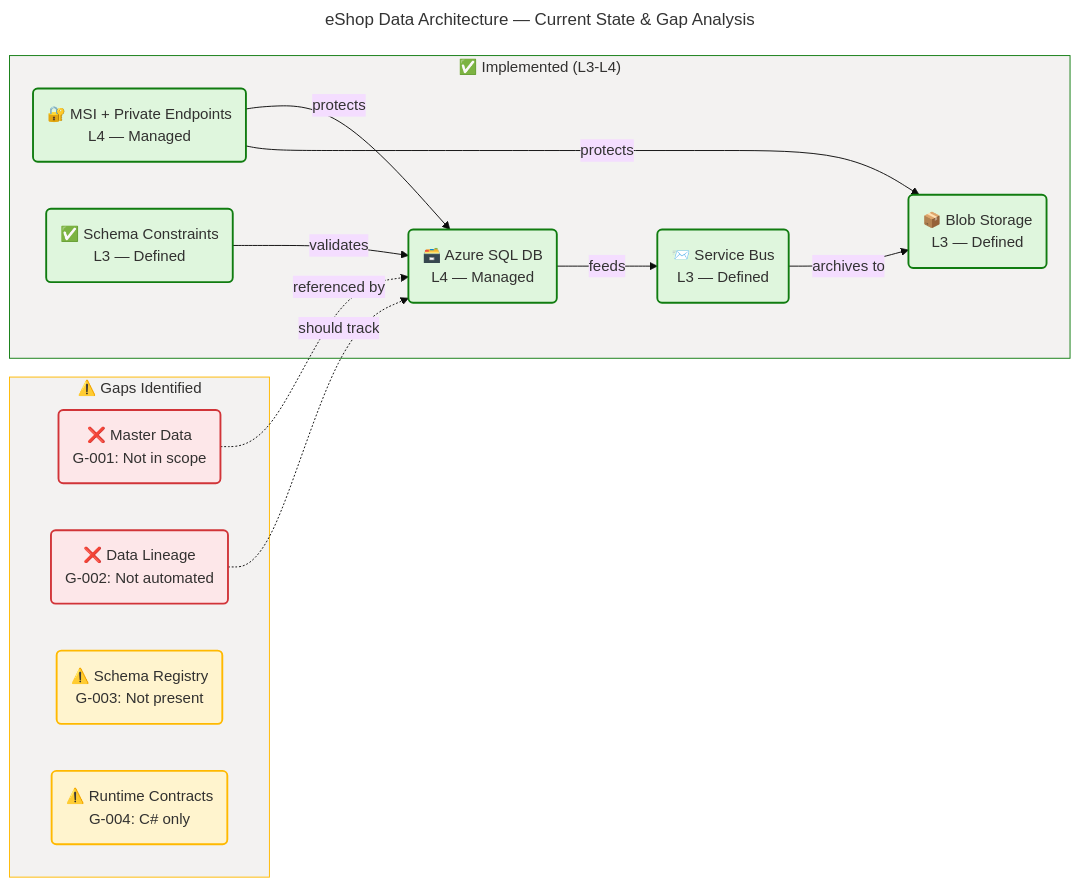
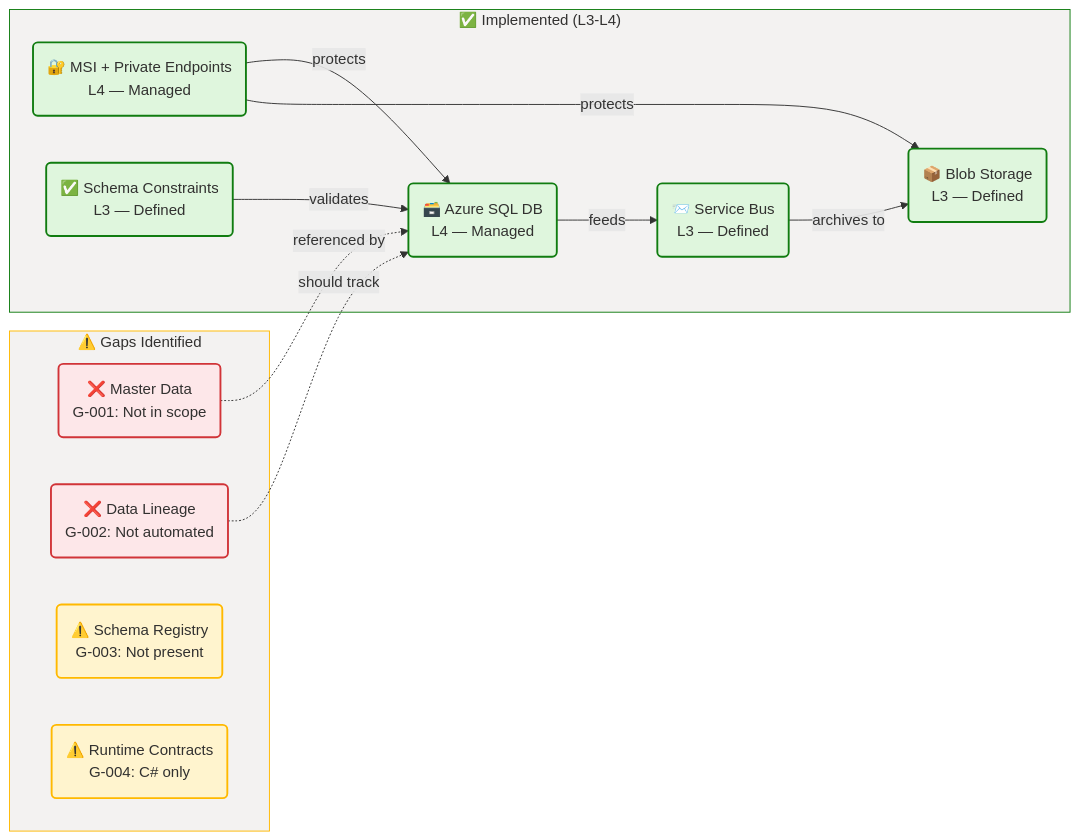
Before and after one commit to Evilazaro/Azure-LogicApps-Monitoring: the fifth of 8 diagrams in docs/architecture/data-arch.md, drawn with Mermaid. The commit also changed other lines of this file, not shown here.

Commit message:
Remove unused mermaid diagram configurations from data architecture documentation

````diff
--- a/docs/architecture/data-arch.md
+++ b/docs/architecture/data-arch.md
@@ -553,57 +509,46 @@
 ```mermaid
----
-title: eShop Data Architecture — Current State & Gap Analysis
-config:
-  theme: base
-  look: classic
-  layout: dagre
-  themeVariables:
-    fontSize: '16px'
-  flowchart:
-    htmlLabels: true
----
 flowchart LR
     accTitle: eShop Data Architecture Current State and Gap Analysis
     accDescr: Current state baseline showing implemented components in blue and green, and identified gaps in orange and red. SQL, Service Bus, and Blob Storage are operational; lineage, schema registry, and master data are gaps.
 
     %% ═══════════════════════════════════════════════════════════════════════════
     %% AZURE / FLUENT ARCHITECTURE PATTERN v2.0
     %% (Semantic + Structural + Font + Accessibility Governance)
     %% ═══════════════════════════════════════════════════════════════════════════
     %% PHASE 1 - FLUENT UI: All styling uses approved Fluent UI palette only
     %% PHASE 2 - GROUPS: Every subgraph has semantic color via style directive
     %% PHASE 3 - COMPONENTS: Every node has semantic classDef + icon prefix
     %% PHASE 4 - ACCESSIBILITY: accTitle/accDescr present, WCAG AA contrast
     %% PHASE 5 - STANDARD: Governance block present, classDefs centralized
     %% ═══════════════════════════════════════════════════════════════════════════
 
     subgraph implemented["✅ Implemented (L3-L4)"]
         SQL("🗃️ Azure SQL DB<br/>L4 — Managed"):::success
         SBus("📨 Service Bus<br/>L3 — Defined"):::success
         Blob("📦 Blob Storage<br/>L3 — Defined"):::success
         Security("🔐 MSI + Private Endpoints<br/>L4 — Managed"):::success
         Quality("✅ Schema Constraints<br/>L3 — Defined"):::success
     end
 
     subgraph gaps["⚠️ Gaps Identified"]
         MasterData("❌ Master Data<br/>G-001: Not in scope"):::danger
         Lineage("❌ Data Lineage<br/>G-002: Not automated"):::danger
         SchemaReg("⚠️ Schema Registry<br/>G-003: Not present"):::warning
         Contracts("⚠️ Runtime Contracts<br/>G-004: C# only"):::warning
     end
 
     SQL -->|"feeds"| SBus
     SBus -->|"archives to"| Blob
     Security -->|"protects"| SQL
     Security -->|"protects"| Blob
     Quality -->|"validates"| SQL
     MasterData -.->|"referenced by"| SQL
     Lineage -.->|"should track"| SQL
 
     classDef success fill:#DFF6DD,stroke:#107C10,stroke-width:2px,color:#323130
     classDef warning fill:#FFF4CE,stroke:#FFB900,stroke-width:2px,color:#323130
     classDef danger fill:#FDE7E9,stroke:#D13438,stroke-width:2px,color:#323130
 
     style implemented fill:#F3F2F1,stroke:#107C10,stroke-width:1px,color:#323130
     style gaps fill:#F3F2F1,stroke:#FFB900,stroke-width:1px,color:#323130
 ```
````
